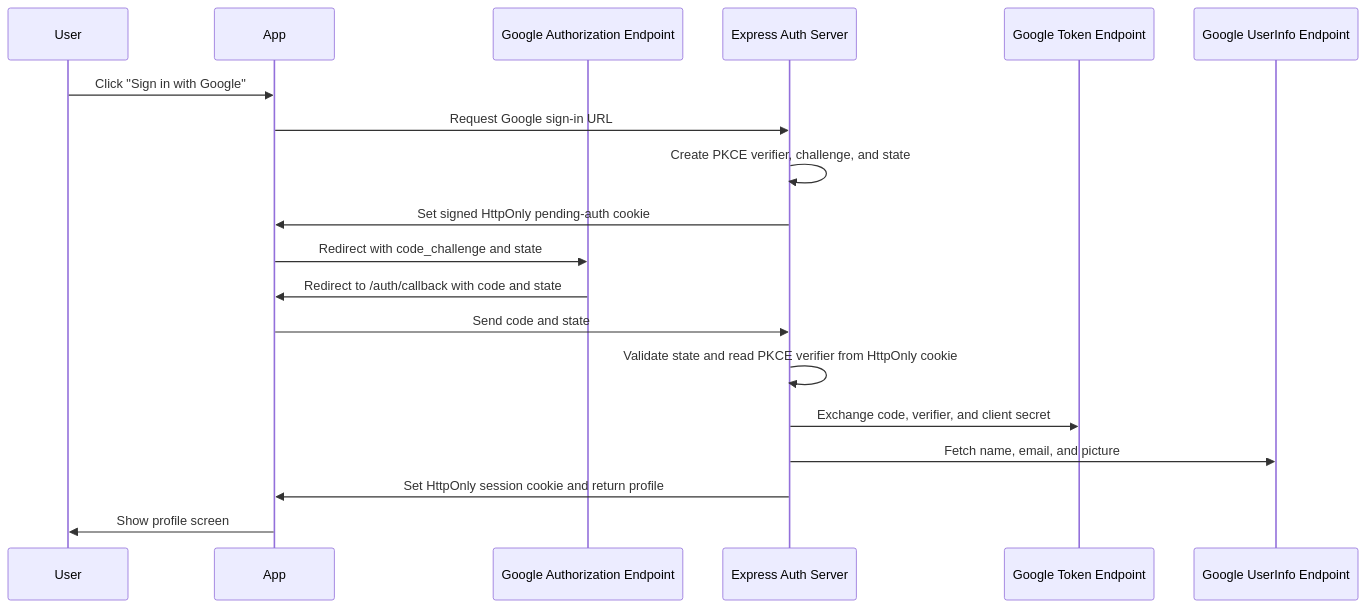
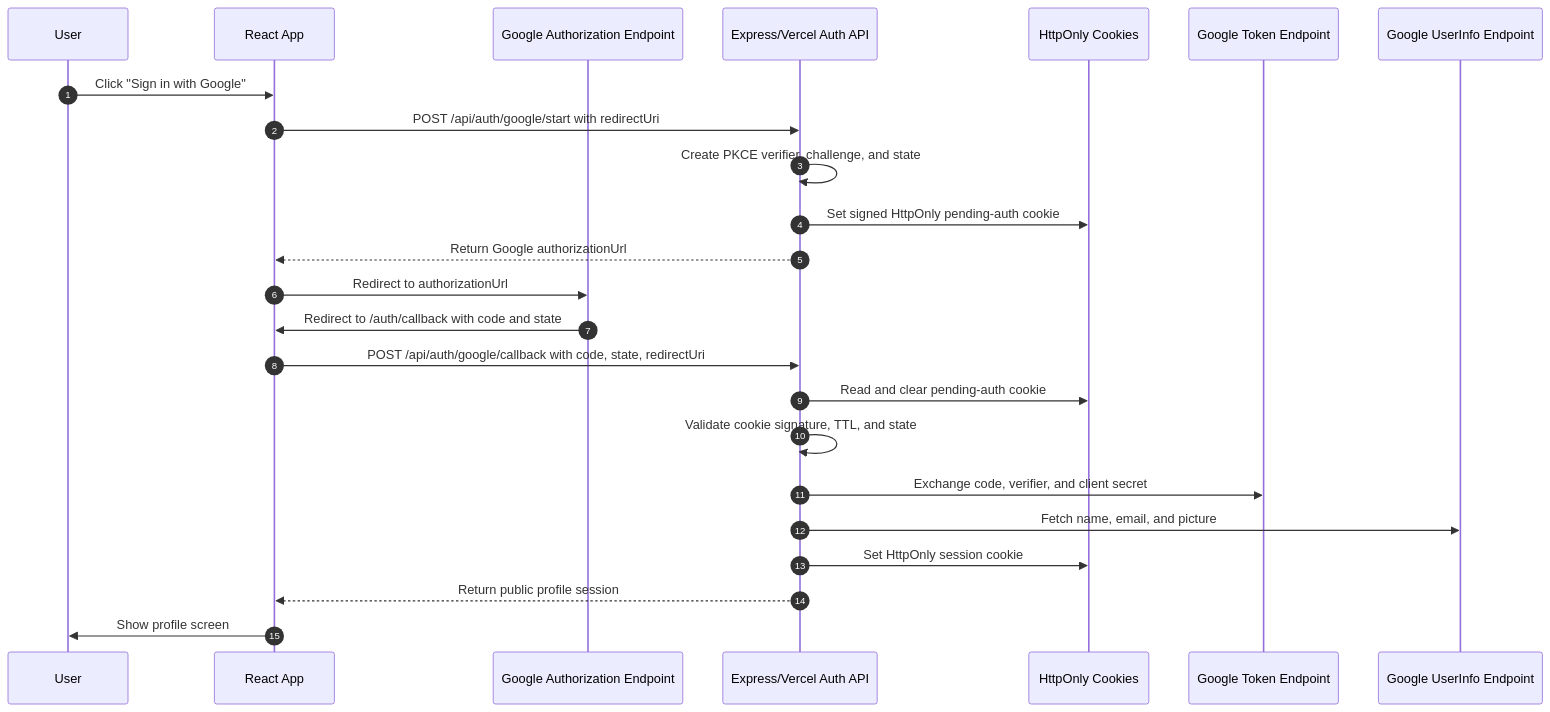
The diagram in README.md (vanrin12/test-lavega-), drawn with Mermaid before and after one commit. The commit also changed other lines of this file, not shown here.

Commit message:
Enhance README with detailed login flow, runtime auth endpoints, and Vercel deployment instructions. Update PKCE handling description and clarify session management practices.

````diff
--- a/README.md
+++ b/README.md
@@ -16,22 +17,27 @@
 ```mermaid
 sequenceDiagram
+  autonumber
   participant User
-  participant App
+  participant App as React App
   participant GoogleAuth as Google Authorization Endpoint
-  participant Server as Express Auth Server
+  participant Server as Express/Vercel Auth API
+  participant Cookie as HttpOnly Cookies
   participant GoogleToken as Google Token Endpoint
   participant GoogleProfile as Google UserInfo Endpoint
 
   User->>App: Click "Sign in with Google"
-  App->>Server: Request Google sign-in URL
+  App->>Server: POST /api/auth/google/start with redirectUri
   Server->>Server: Create PKCE verifier, challenge, and state
-  Server->>App: Set signed HttpOnly pending-auth cookie
-  App->>GoogleAuth: Redirect with code_challenge and state
+  Server->>Cookie: Set signed HttpOnly pending-auth cookie
+  Server-->>App: Return Google authorizationUrl
+  App->>GoogleAuth: Redirect to authorizationUrl
   GoogleAuth->>App: Redirect to /auth/callback with code and state
-  App->>Server: Send code and state
-  Server->>Server: Validate state and read PKCE verifier from HttpOnly cookie
+  App->>Server: POST /api/auth/google/callback with code, state, redirectUri
+  Server->>Cookie: Read and clear pending-auth cookie
+  Server->>Server: Validate cookie signature, TTL, and state
   Server->>GoogleToken: Exchange code, verifier, and client secret
   Server->>GoogleProfile: Fetch name, email, and picture
-  Server->>App: Set HttpOnly session cookie and return profile
+  Server->>Cookie: Set HttpOnly session cookie
+  Server-->>App: Return public profile session
   App->>User: Show profile screen
 ```
````
